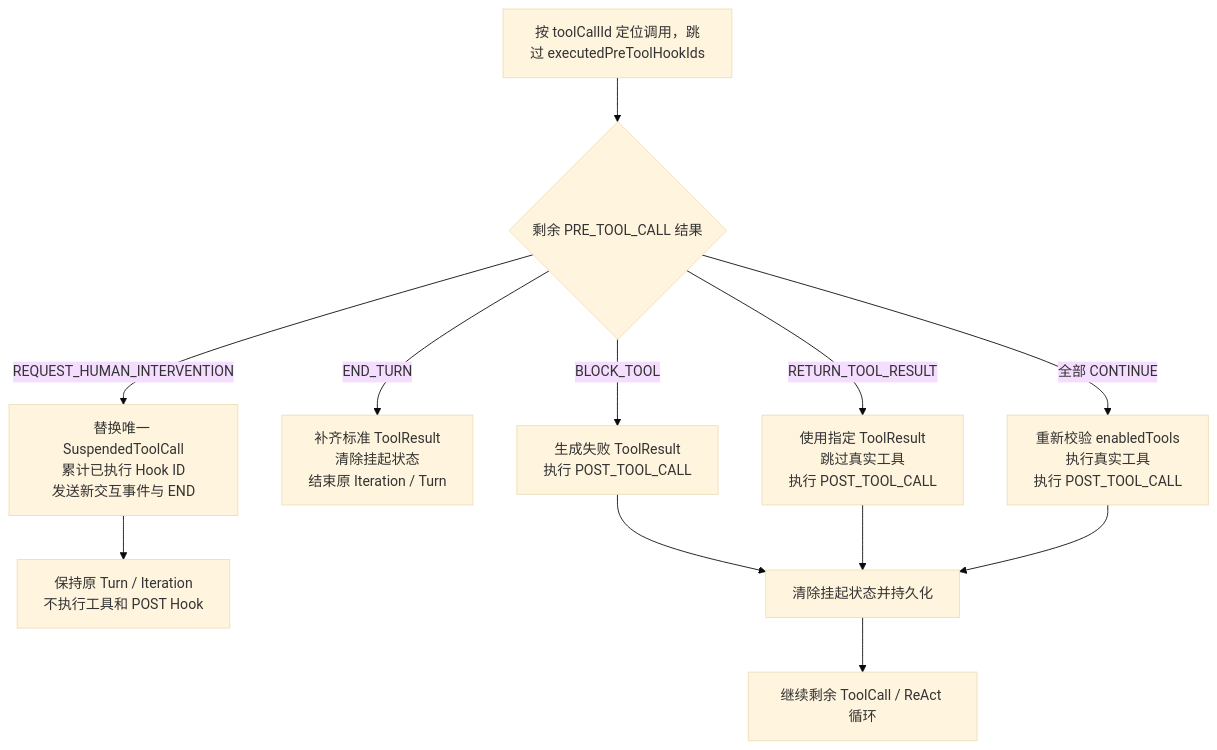
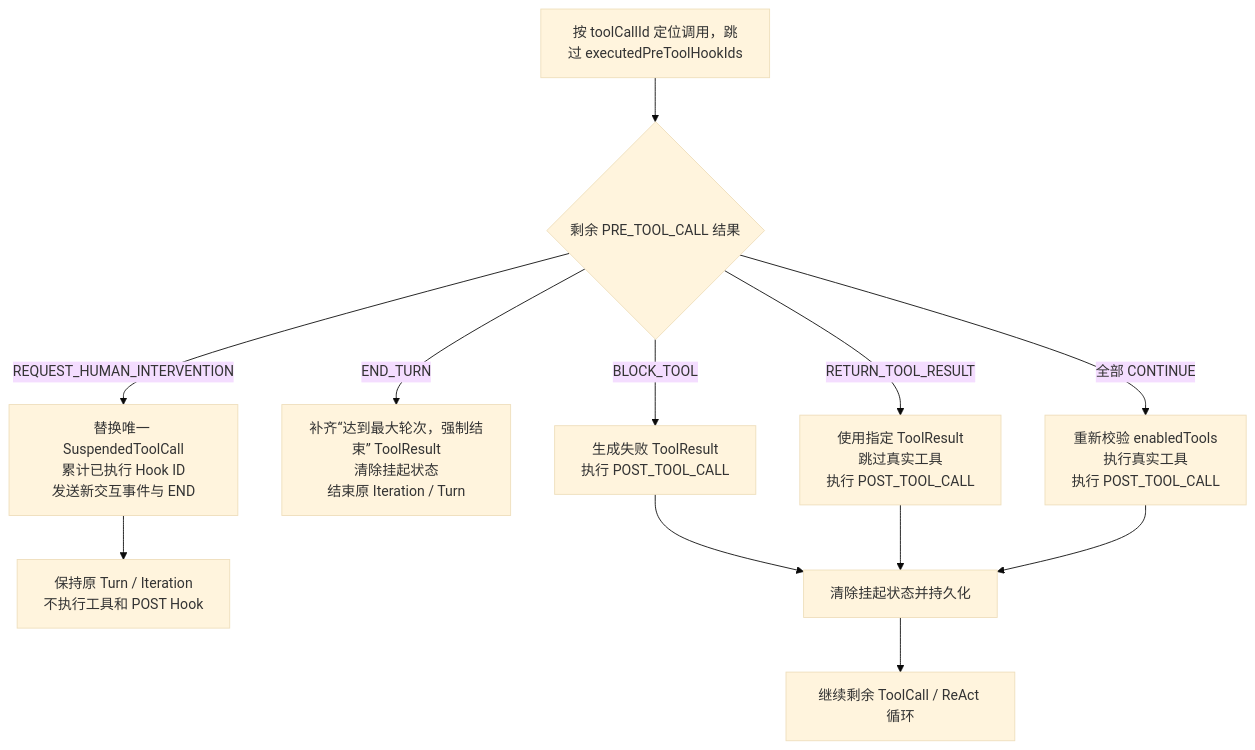
Before and after one commit to gemo12123/apex-agent: the seventh of 8 diagrams in docs/refact/2026-07-30-apex-agent-backend-architecture.md, drawn with Mermaid (base theme). The commit also changed other lines of this file and 10 other files, not shown here.

````diff
--- a/docs/refact/2026-07-30-apex-agent-backend-architecture.md
+++ b/docs/refact/2026-07-30-apex-agent-backend-architecture.md
@@ -710,14 +719,14 @@
 ```mermaid
 flowchart TD
     Start["按 toolCallId 定位调用，跳过 executedPreToolHookIds"] --> Decision{"剩余 PRE_TOOL_CALL 结果"}
     Decision -->|REQUEST_HUMAN_INTERVENTION| SuspendAgain["替换唯一 SuspendedToolCall<br/>累计已执行 Hook ID<br/>发送新交互事件与 END"]
     SuspendAgain --> Stop1["保持原 Turn / Iteration<br/>不执行工具和 POST Hook"]
-    Decision -->|END_TURN| EndTurn["补齐标准 ToolResult<br/>清除挂起状态<br/>结束原 Iteration / Turn"]
+    Decision -->|END_TURN| EndTurn["补齐“达到最大轮次，强制结束” ToolResult<br/>清除挂起状态<br/>结束原 Iteration / Turn"]
     Decision -->|BLOCK_TOOL| Block["生成失败 ToolResult<br/>执行 POST_TOOL_CALL"]
     Decision -->|RETURN_TOOL_RESULT| Direct["使用指定 ToolResult<br/>跳过真实工具<br/>执行 POST_TOOL_CALL"]
     Decision -->|全部 CONTINUE| Execute["重新校验 enabledTools<br/>执行真实工具<br/>执行 POST_TOOL_CALL"]
     Block --> Clear["清除挂起状态并持久化"]
     Direct --> Clear
     Execute --> Clear
     Clear --> Continue["继续剩余 ToolCall / ReAct 循环"]
 ```
````
